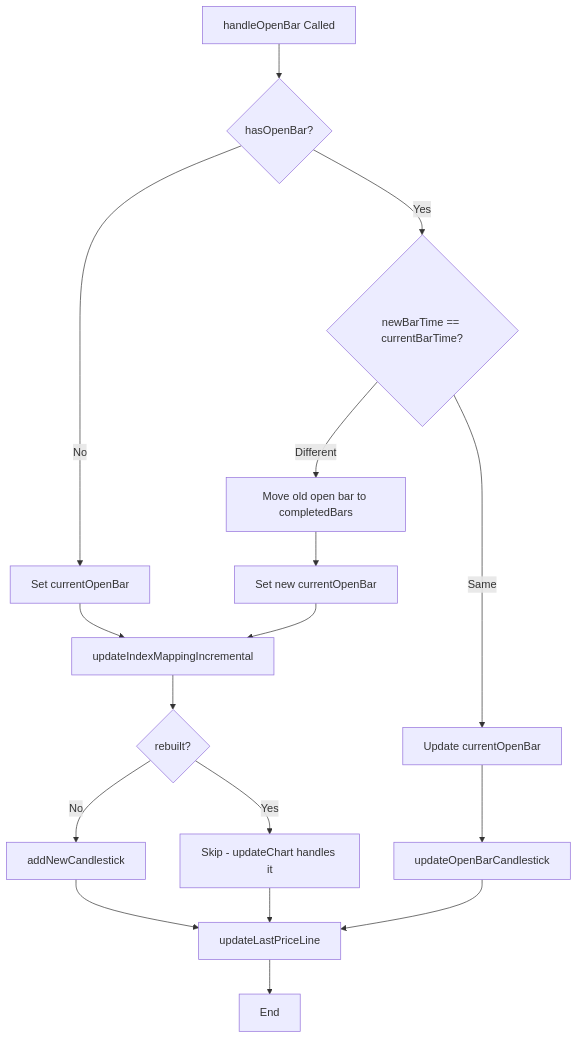
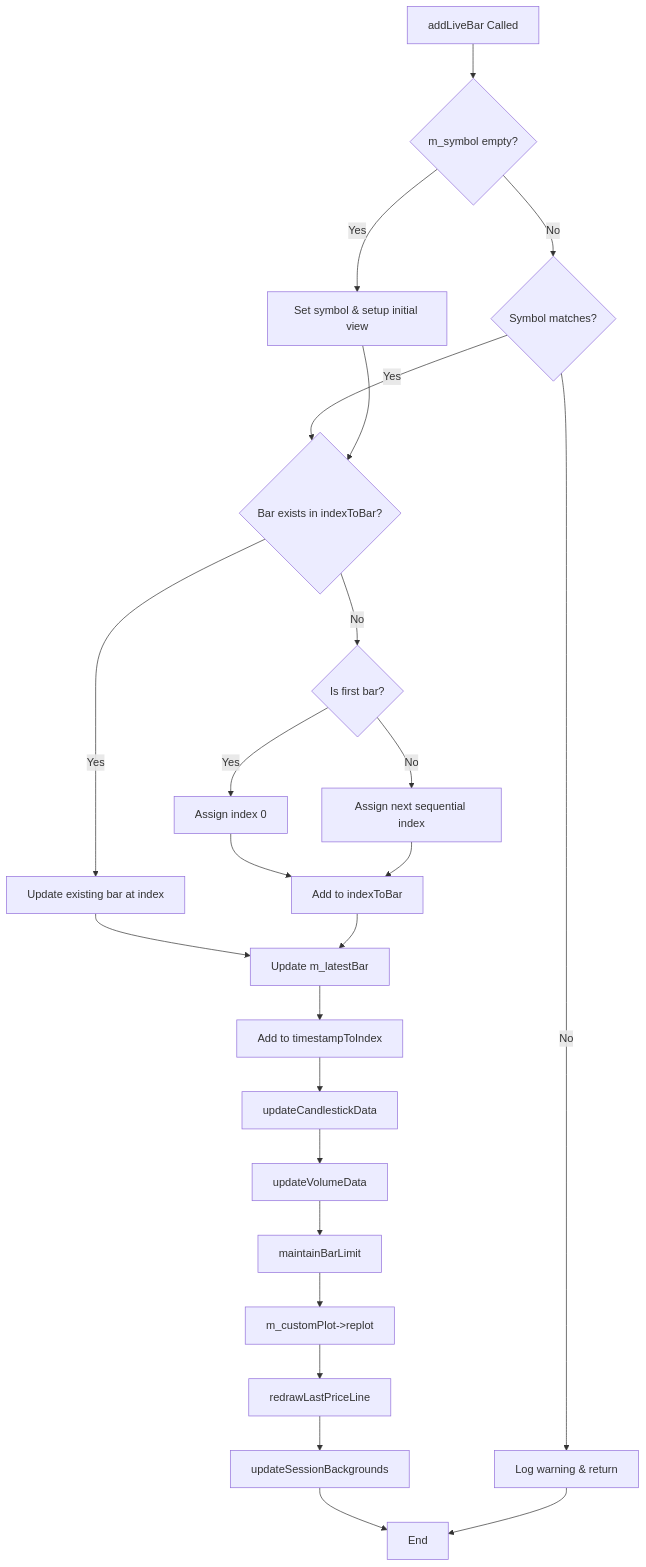
The second of 3 diagrams in Doc/StockPriceChart_BarReception.md (simonbeaudoin0935/OpenTraderPlatform), drawn with Mermaid before and after one commit. The commit also changed other lines of this file and 2 other files, not shown here.

Commit message:
Update Architecture and GUI docs - remove obsolete references, add missing components

````diff
--- a/Doc/StockPriceChart_BarReception.md
+++ b/Doc/StockPriceChart_BarReception.md
@@ -71,19 +51,26 @@
 ```mermaid
 flowchart TD
-    A[handleOpenBar Called] --> B{hasOpenBar?}
-    B -->|No| C[Set currentOpenBar]
-    B -->|Yes| D{newBarTime == currentBarTime?}
-    D -->|Same| E[Update currentOpenBar]
-    D -->|Different| F[Move old open bar to completedBars]
-    C --> G[updateIndexMappingIncremental]
-    F --> H[Set new currentOpenBar]
-    H --> G
-    G --> I{rebuilt?}
-    I -->|No| J[addNewCandlestick]
-    I -->|Yes| K[Skip - updateChart handles it]
-    E --> L[updateOpenBarCandlestick]
-    J --> M[updateLastPriceLine]
-    K --> M
-    L --> M
-    M --> N[End]
+    A[addLiveBar Called] --> B{m_symbol empty?}
+    B -->|Yes| C[Set symbol & setup initial view]
+    B -->|No| D{Symbol matches?}
+    D -->|No| E[Log warning & return]
+    D -->|Yes| F{Bar exists in indexToBar?}
+    C --> F
+    F -->|Yes| G[Update existing bar at index]
+    F -->|No| H{Is first bar?}
+    H -->|Yes| I[Assign index 0]
+    H -->|No| J[Assign next sequential index]
+    I --> K[Add to indexToBar]
+    J --> K
+    G --> L[Update m_latestBar]
+    K --> L
+    L --> M[Add to timestampToIndex]
+    M --> N[updateCandlestickData]
+    N --> O[updateVolumeData]
+    O --> P[maintainBarLimit]
+    P --> Q[m_customPlot->replot]
+    Q --> R[redrawLastPriceLine]
+    R --> S[updateSessionBackgrounds]
+    S --> T[End]
+    E --> T
 ```
````
